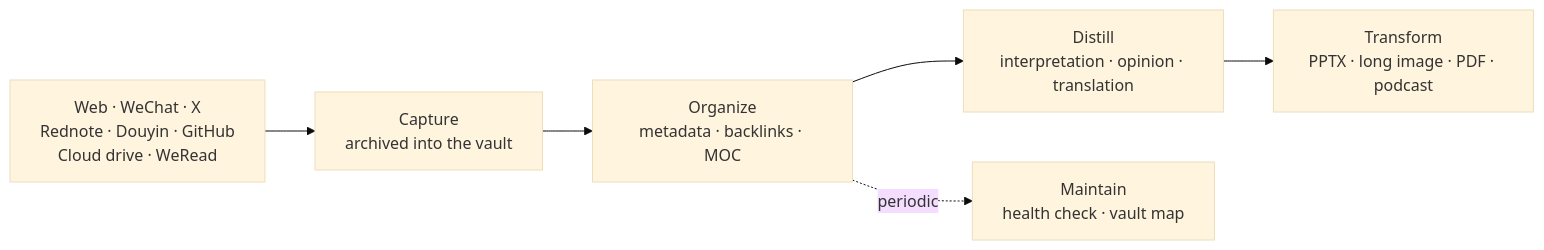
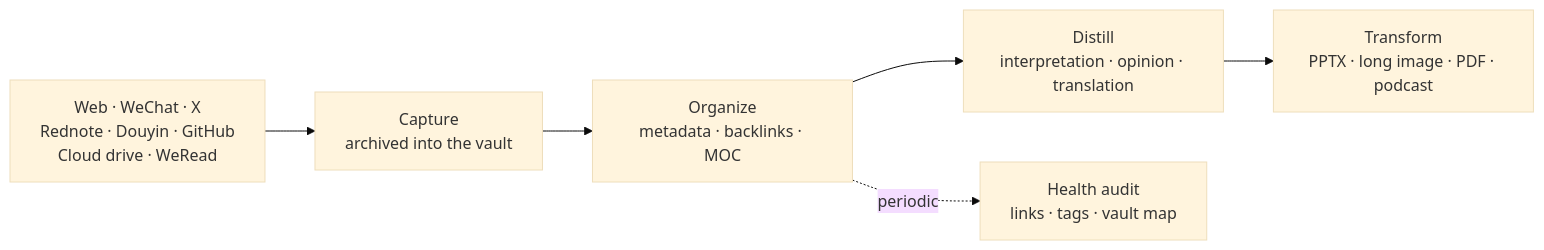
One commit to soia-team/soia-open-pkm-vault-skills changed the diagram in README.en.md. Above: the diagram before and after it, drawn with Mermaid (base theme). The commit also changed other lines of this file and 92 other files, not shown here.

````diff
--- a/README.en.md
+++ b/README.en.md
@@ -29,8 +29,8 @@
 ```mermaid
 flowchart LR
     A["Web · WeChat · X<br/>Rednote · Douyin · GitHub<br/>Cloud drive · WeRead"] --> B["Capture<br/>archived into the vault"]
     B --> C["Organize<br/>metadata · backlinks · MOC"]
     C --> D["Distill<br/>interpretation · opinion · translation"]
     D --> E["Transform<br/>PPTX · long image · PDF · podcast"]
-    C -.periodic.-> F["Maintain<br/>health check · vault map"]
+    C -.periodic.-> F["Health audit<br/>links · tags · vault map"]
 ```
````
